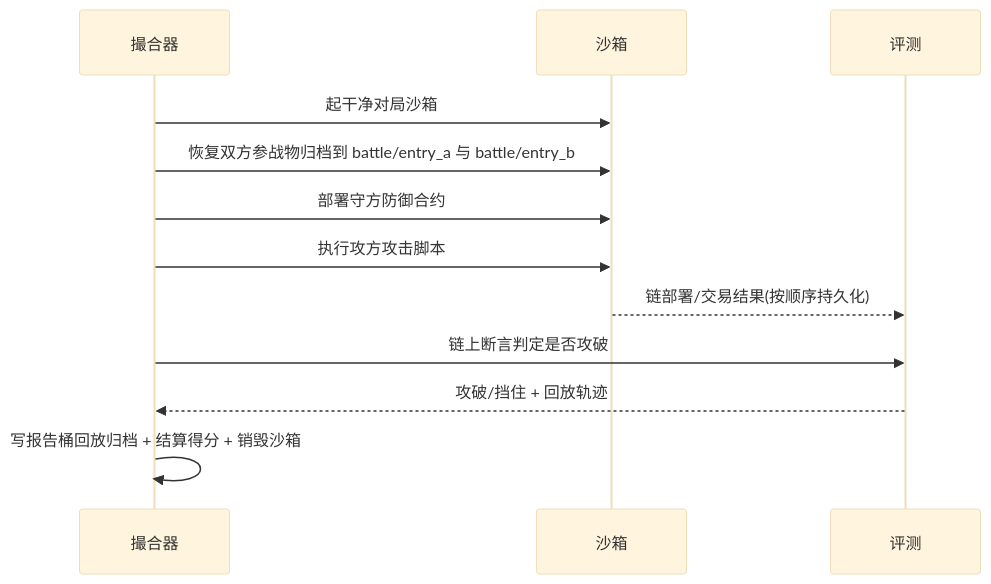
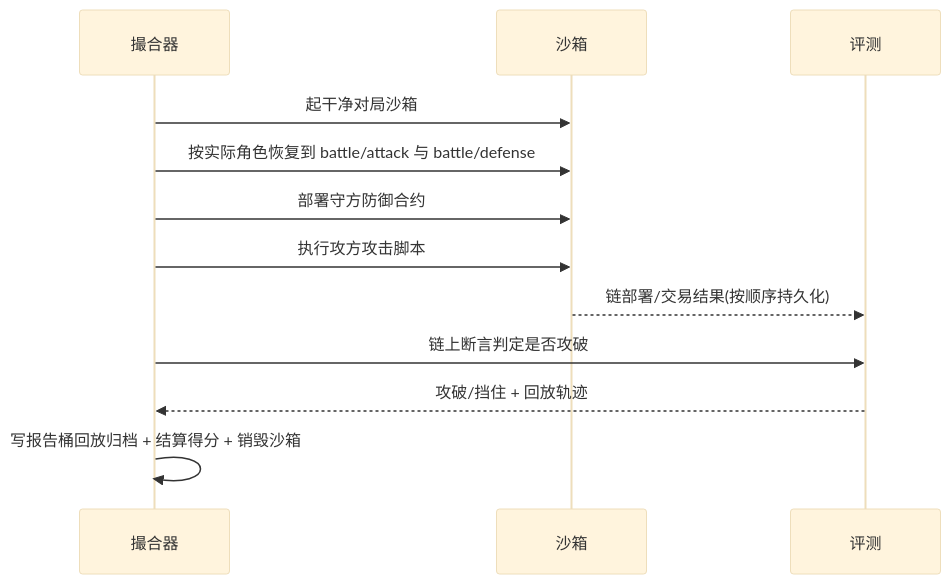
Before and after one commit to menghuishisan/CHAIMIR: the fifth of 8 diagrams in docs/08-竞赛/05-业务流程与状态机.md, drawn with Mermaid (base theme). The commit also changed other lines of this file and 468 other files, not shown here.

````diff
--- a/docs/08-竞赛/05-业务流程与状态机.md
+++ b/docs/08-竞赛/05-业务流程与状态机.md
@@ -89,14 +93,14 @@
 ```mermaid
 sequenceDiagram
     participant Sched as 撮合器
     participant M2 as 沙箱
     participant M3 as 评测
     Sched->>M2: 起干净对局沙箱
-    Sched->>M2: 恢复双方参战物归档到 battle/entry_a 与 battle/entry_b
+    Sched->>M2: 按实际角色恢复到 battle/attack 与 battle/defense
     Sched->>M2: 部署守方防御合约
     Sched->>M2: 执行攻方攻击脚本
     M2-->>M3: 链部署/交易结果(按顺序持久化)
     Sched->>M3: 链上断言判定是否攻破
     M3-->>Sched: 攻破/挡住 + 回放轨迹
     Sched->>Sched: 写报告桶回放归档 + 结算得分 + 销毁沙箱
 ```
````
